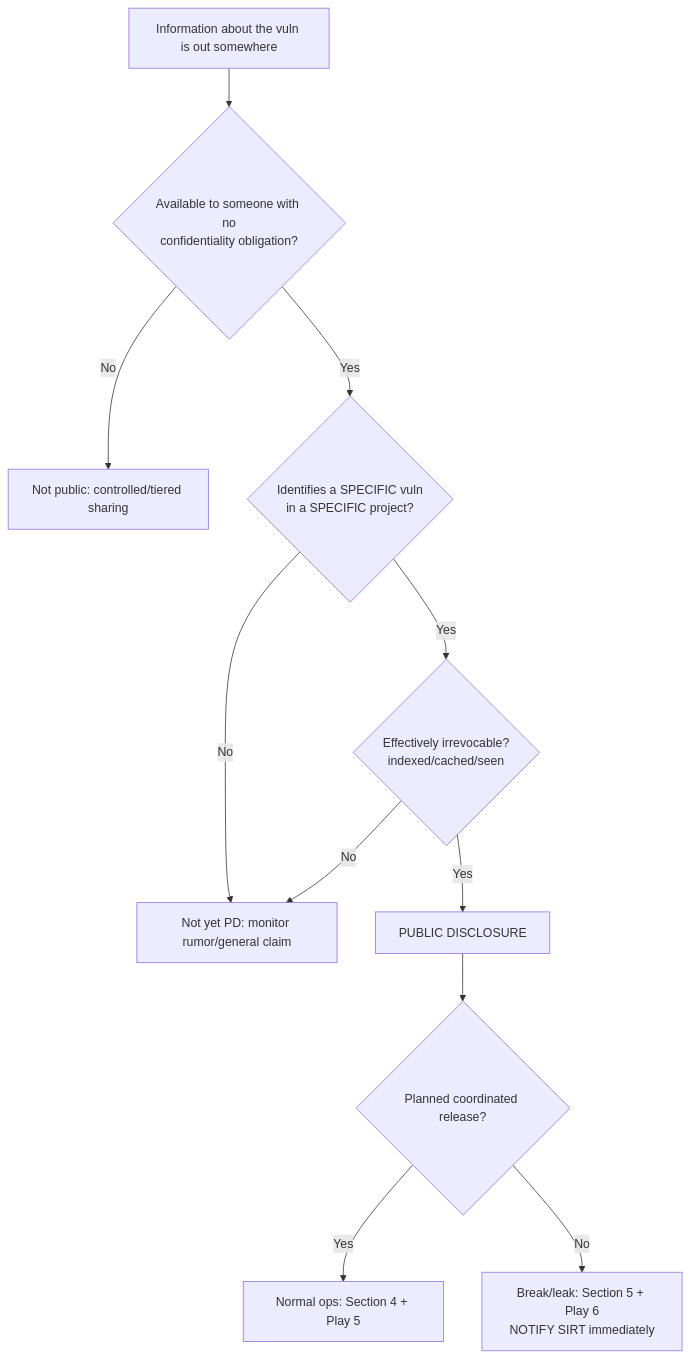
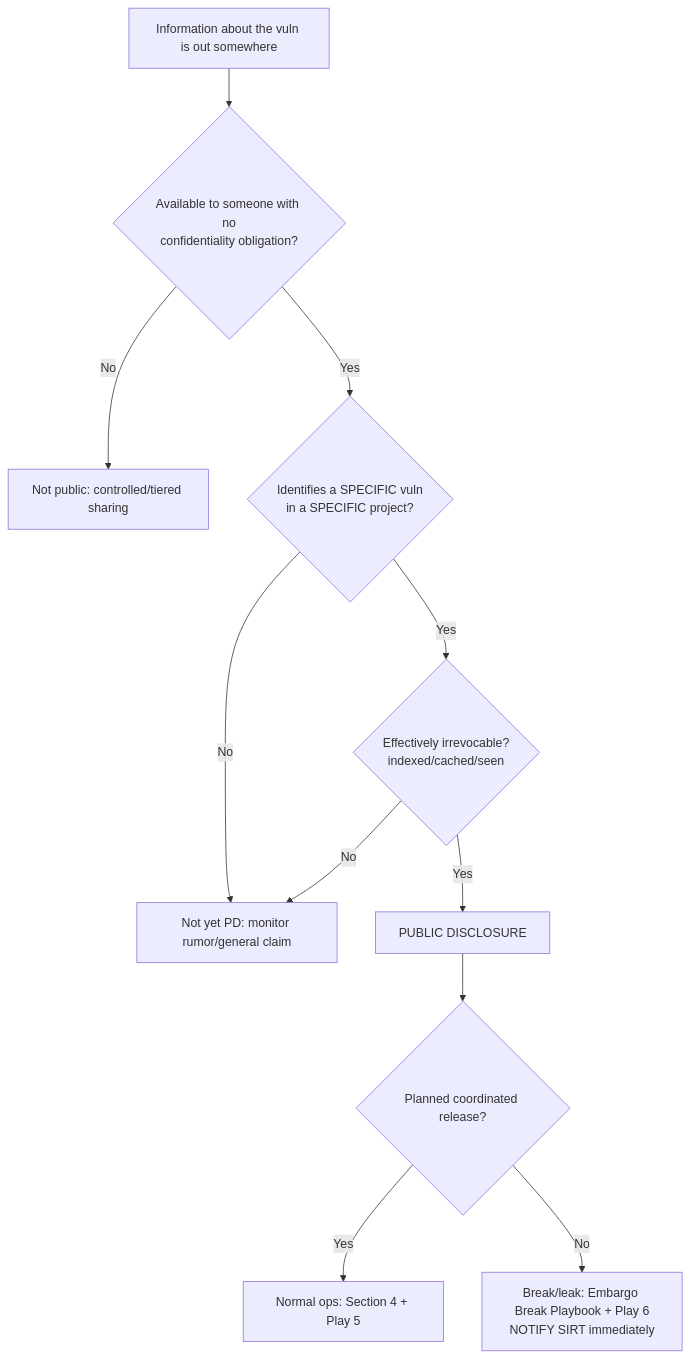
The diagram in docs/guidelines/public-disclosure-guidelines.md (Akrites-Foundation/SIRT), drawn with Mermaid before and after one commit. The commit also changed other lines of this file and 13 other files, not shown here.

````diff
--- a/docs/guidelines/public-disclosure-guidelines.md
+++ b/docs/guidelines/public-disclosure-guidelines.md
@@ -227,13 +155,13 @@
 ```mermaid
 flowchart TD
     A[Information about the vuln is out somewhere] --> B{Available to someone with no<br/>confidentiality obligation?}
     B -- No --> Z[Not public: controlled/tiered sharing]
     B -- Yes --> C{Identifies a SPECIFIC vuln<br/>in a SPECIFIC project?}
     C -- No --> Y[Not yet PD: monitor rumor/general claim]
     C -- Yes --> D{Effectively irrevocable?<br/>indexed/cached/seen}
     D -- No --> Y
     D -- Yes --> E[PUBLIC DISCLOSURE]
     E --> F{Planned coordinated release?}
     F -- Yes --> G[Normal ops: Section 4 + Play 5]
-    F -- No --> H[Break/leak: Section 5 + Play 6<br/>NOTIFY SIRT immediately]
+    F -- No --> H[Break/leak: Embargo Break Playbook + Play 6<br/>NOTIFY SIRT immediately]
 ```
````
